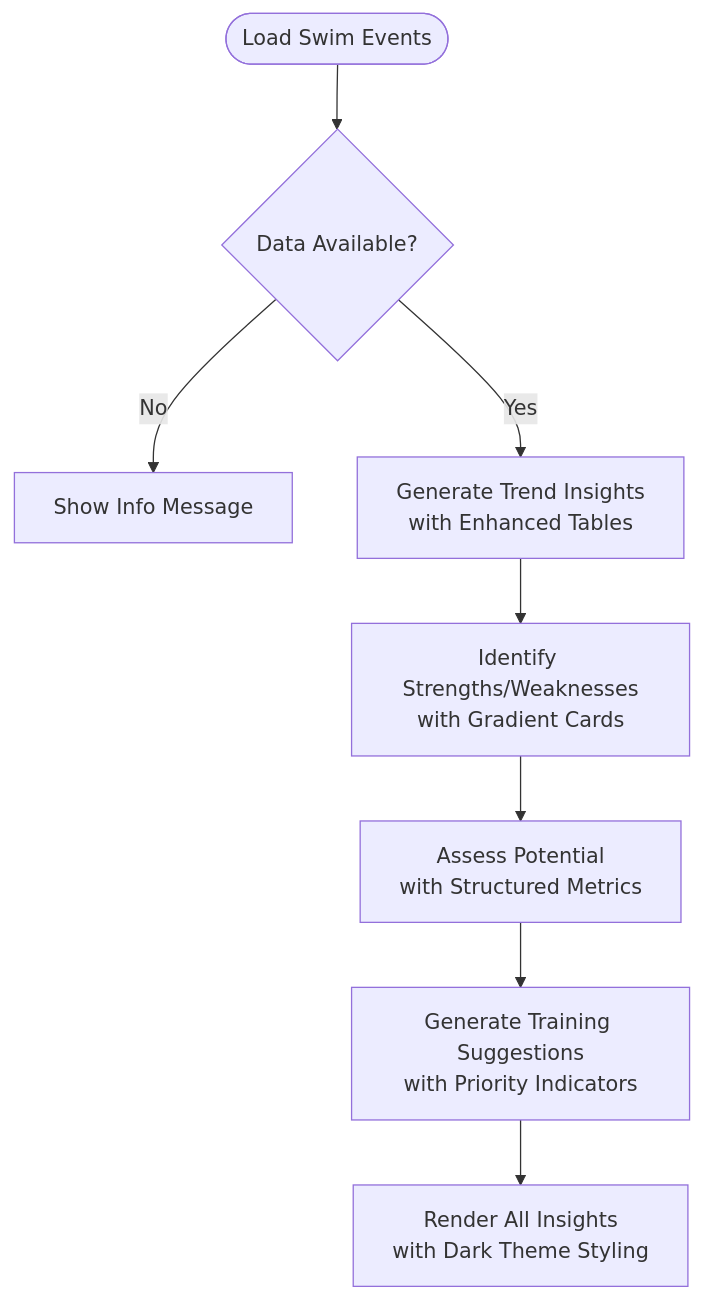
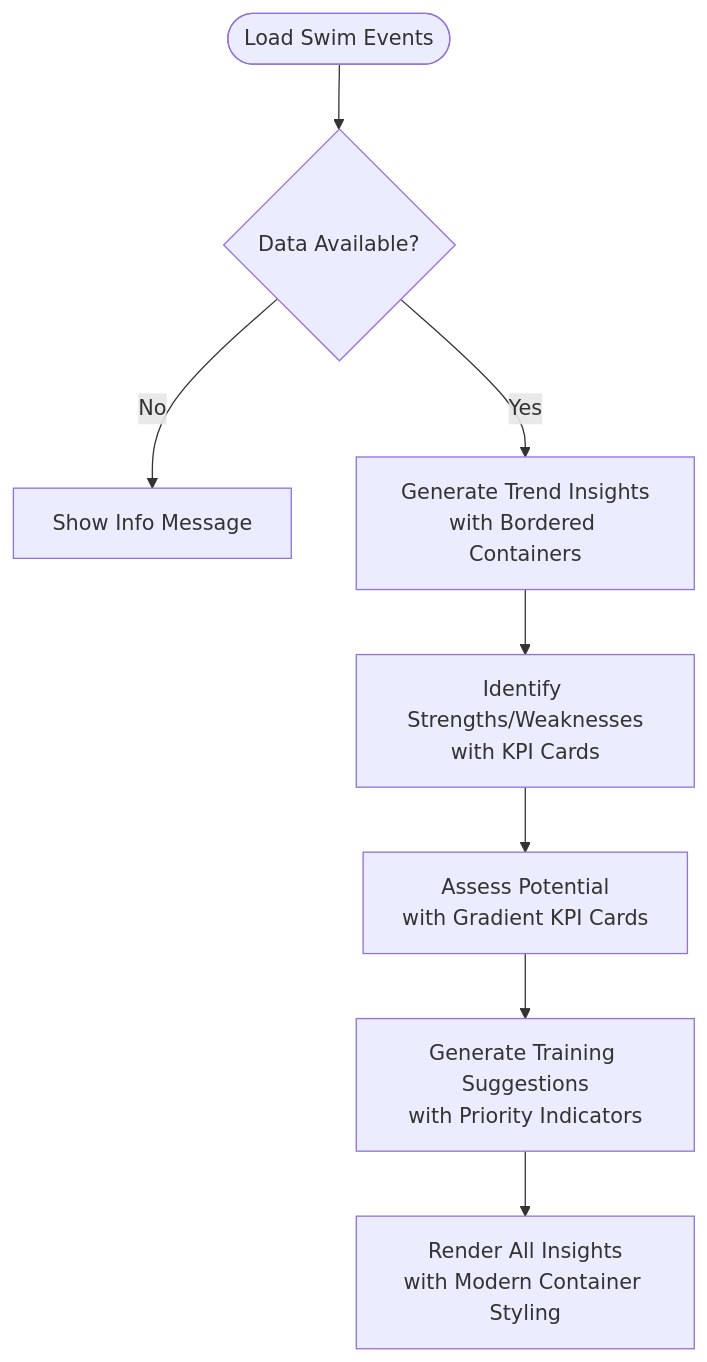
One commit to Johnny22056/SwimingStatus changed diagram 12 of 14 in .qoder/repowiki/en/content/Core Components/Application Controller.md. Above: the diagram before and after it, drawn with Mermaid. The commit also changed other lines of this file and 5 other files, not shown here.

First line of the commit message:
feat: add Dark/Light theme toggle with centralized palette

````diff
--- a/.qoder/repowiki/en/content/Core Components/Application Controller.md
+++ b/.qoder/repowiki/en/content/Core Components/Application Controller.md
@@ -374,10 +440,10 @@
 ```mermaid
 flowchart TD
 LoadData([Load Swim Events]) --> CheckData{"Data Available?"}
 CheckData --> |No| ShowInfo["Show Info Message"]
-CheckData --> |Yes| TrendInsights["Generate Trend Insights<br/>with Enhanced Tables"]
-TrendInsights --> Strengths["Identify Strengths/Weaknesses<br/>with Gradient Cards"]
-Strengths --> Assessment["Assess Potential<br/>with Structured Metrics"]
+CheckData --> |Yes| TrendInsights["Generate Trend Insights<br/>with Bordered Containers"]
+TrendInsights --> Strengths["Identify Strengths/Weaknesses<br/>with KPI Cards"]
+Strengths --> Assessment["Assess Potential<br/>with Gradient KPI Cards"]
 Assessment --> Suggestions["Generate Training Suggestions<br/>with Priority Indicators"]
-Suggestions --> Render["Render All Insights<br/>with Dark Theme Styling"]
+Suggestions --> Render["Render All Insights<br/>with Modern Container Styling"]
 ```
````
